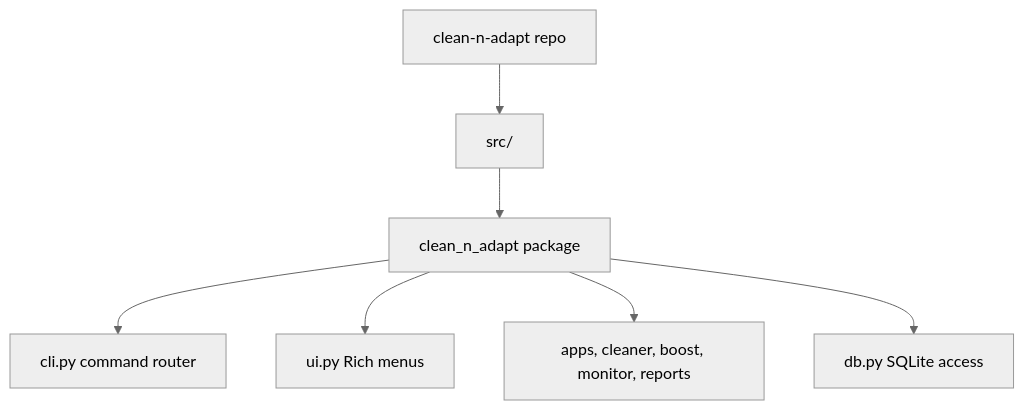
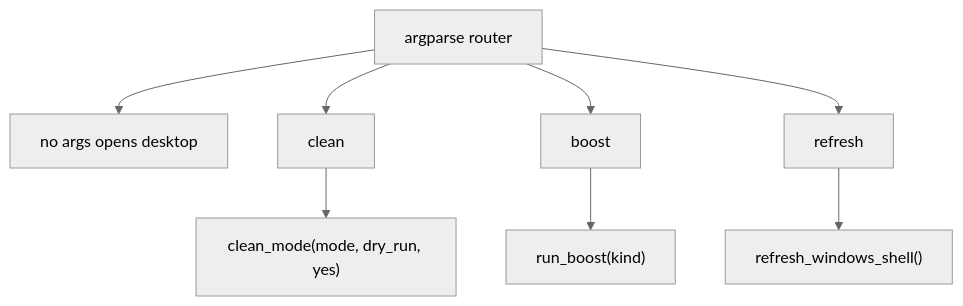
One commit to snehil-pandey/clean-n-adapt changed the third of 10 diagrams in ARCHITECTURE.md. Above: the diagram before and after it, drawn with Mermaid (neutral theme). The commit also changed other lines of this file and 10 other files, not shown here.

````diff
--- a/ARCHITECTURE.md
+++ b/ARCHITECTURE.md
@@ -64,9 +47,10 @@
 ```mermaid
 flowchart TD
-    Repo["clean-n-adapt repo"] --> Src["src/"]
-    Src --> Package["clean_n_adapt package"]
-    Package --> CLI["cli.py command router"]
-    Package --> UI["ui.py Rich menus"]
-    Package --> Services["apps, cleaner, boost, monitor, reports"]
-    Package --> DBLayer["db.py SQLite access"]
+    CLI["argparse router"] --> NoArgs["no args opens desktop"]
+    CLI --> Clean["clean"]
+    CLI --> Boost["boost"]
+    CLI --> Refresh["refresh"]
+    Clean --> CleanMode["clean_mode(mode, dry_run, yes)"]
+    Boost --> BoostAction["run_boost(kind)"]
+    Refresh --> ShellAction["refresh_windows_shell()"]
 ```
````
